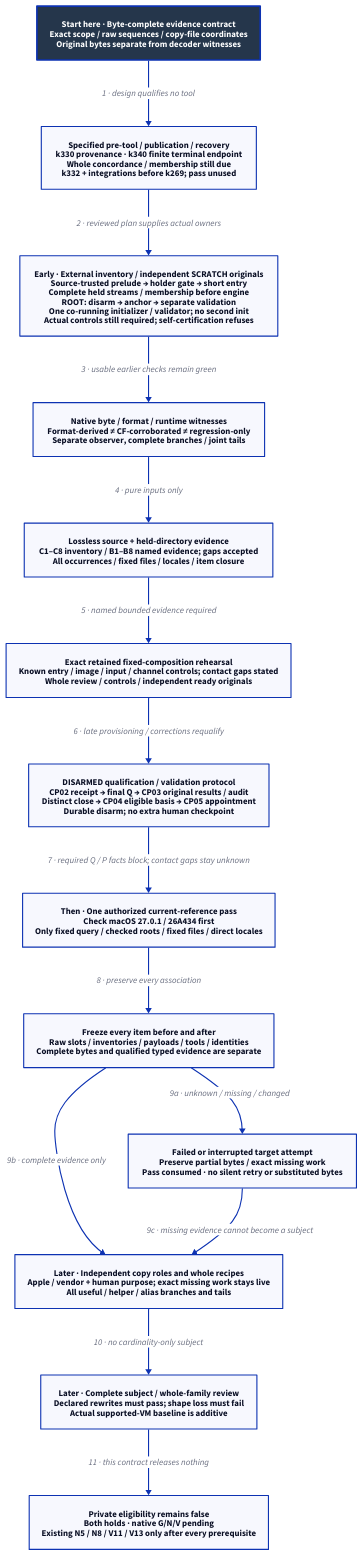
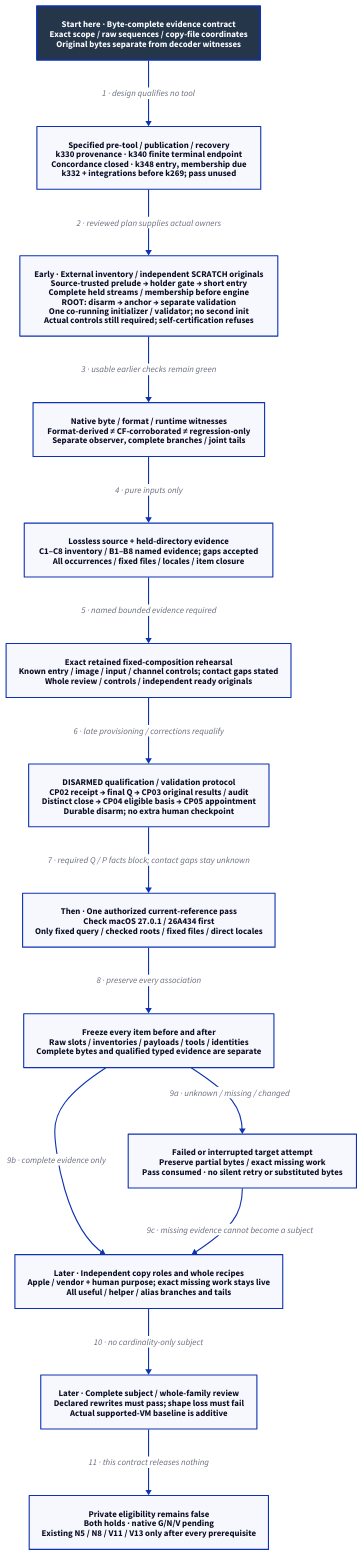
Before and after one commit to Linkuistics/Koine: the diagram in docs/design/architecture/native-reference-evidence.d2, drawn with D2. The commit also changed 31 other files, not shown here.

Commit message:
Concord whole original obligations and externalize inter-checkpoint publication entry (reference-evidence-whole-obligation-concordance-k347; closes reference-evidence-whole-obligation-concordance-k343)

```diff
--- a/docs/design/architecture/native-reference-evidence.d2
+++ b/docs/design/architecture/native-reference-evidence.d2
@@ -1,31 +1,31 @@
-# Specified k331 mechanisms; whole concordance/membership and k332 review precede use.
+# Specified k331 mechanisms; k348 entry, k344 membership and k332 review precede use.
 direction: down
 classes: {
   start: {style: {fill: "#25364B"; font-color: "#FFFFFF"; bold: true; stroke-width: 3}}
 }
 Start: "Start here · Byte-complete evidence contract\nExact scope / raw sequences / copy-file coordinates\nOriginal bytes separate from decoder witnesses" {class: start}
-Plan: "Specified pre-tool / publication / recovery\nk330 provenance · k340 finite terminal endpoint\nWhole concordance / membership still due\nk332 + integrations before k269; pass unused"
+Plan: "Specified pre-tool / publication / recovery\nk330 provenance · k340 finite terminal endpoint\nConcordance closed · k348 entry, membership due\nk332 + integrations before k269; pass unused"
 Replay: "Early · External inventory / independent SCRATCH originals\nSource-trusted prelude → holder gate → short entry\nComplete held streams / membership before engine\nROOT: disarm → anchor → separate validation\nOne co-running initializer / validator; no second init\nActual controls still required; self-certification refuses"
 Decode: "Native byte / format / runtime witnesses\nFormat-derived ≠ CF-corroborated ≠ regression-only\nSeparate observer, complete branches / joint tails"
 Source: "Lossless source + held-directory evidence\nC1–C8 inventory / B1–B8 named evidence; gaps accepted\nAll occurrences / fixed files / locales / item closure"
 Pure: "Exact retained fixed-composition rehearsal\nKnown entry / image / input / channel controls; contact gaps stated\nWhole review / controls / independent ready originals"
 Authority: "DISARMED qualification / validation protocol\nCP02 receipt → final Q → CP03 original results / audit\nDistinct close → CP04 eligible basis → CP05 appointment\nDurable disarm; no extra human checkpoint"
 Pass: "Then · One authorized current-reference pass\nCheck macOS 27.0.1 / 26A434 first\nOnly fixed query / checked roots / fixed files / direct locales"
 Closure: "Freeze every item before and after\nRaw slots / inventories / payloads / tools / identities\nComplete bytes and qualified typed evidence are separate"
 Failed: "Failed or interrupted target attempt\nPreserve partial bytes / exact missing work\nPass consumed · no silent retry or substituted bytes"
 Roles: "Later · Independent copy roles and whole recipes\nApple / vendor + human purpose; exact missing work stays live\nAll useful / helper / alias branches and tails"
 Review: "Later · Complete subject / whole-family review\nDeclared rewrites must pass; shape loss must fail\nActual supported-VM baseline is additive"
 Hold: "Private eligibility remains false\nBoth holds · native G/N/V pending\nExisting N5 / N8 / V11 / V13 only after every prerequisite"
 Start -> Plan: "1 · design qualifies no tool"
 Plan -> Replay: "2 · reviewed plan supplies actual owners"
 Replay -> Decode: "3 · usable earlier checks remain green"
 Decode -> Source: "4 · pure inputs only"
 Source -> Pure: "5 · named bounded evidence required"
 Pure -> Authority: "6 · late provisioning / corrections requalify"
 Authority -> Pass: "7 · required Q / P facts block; contact gaps stay unknown"
 Pass -> Closure: "8 · preserve every association"
 Closure -> Failed: "9a · unknown / missing / changed"
 Closure -> Roles: "9b · complete evidence only"
 Failed -> Roles: "9c · missing evidence cannot become a subject"
 Roles -> Review: "10 · no cardinality-only subject"
 Review -> Hold: "11 · this contract releases nothing"
```
